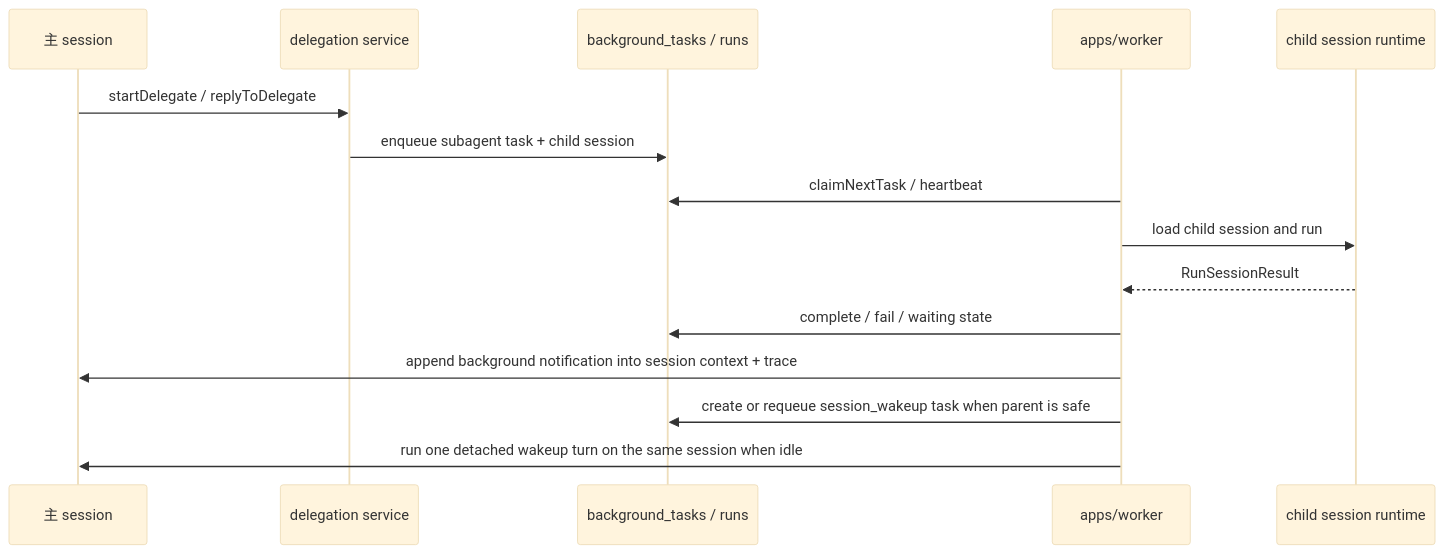
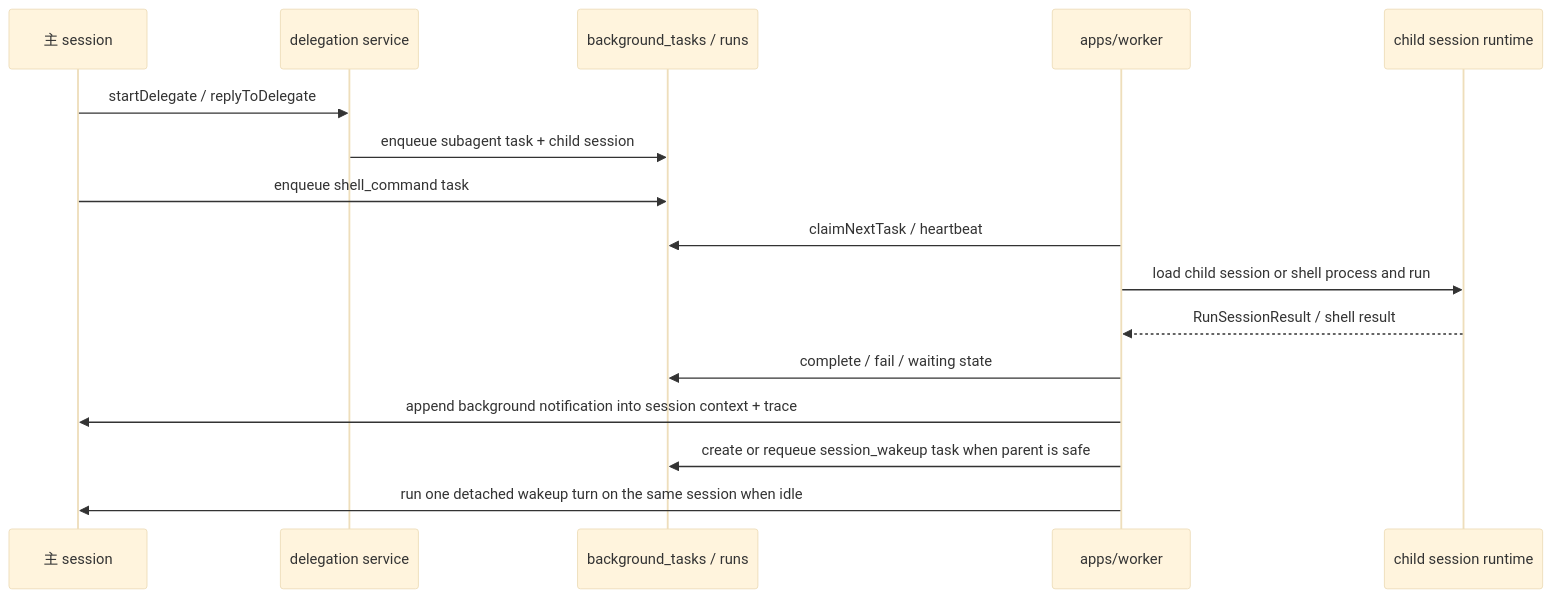
Before and after one commit to pswd123456/my-agent-proj: the diagram in docs/architecture/background-tasks-and-delegation.md, drawn with Mermaid (base theme). The commit also changed other lines of this file and 53 other files, not shown here.

````diff
--- a/docs/architecture/background-tasks-and-delegation.md
+++ b/docs/architecture/background-tasks-and-delegation.md
@@ -46,18 +53,19 @@
 ```mermaid
 sequenceDiagram
   participant Main as 主 session
   participant Delegate as delegation service
   participant DB as background_tasks / runs
   participant Worker as apps/worker
   participant Child as child session runtime
 
   Main->>Delegate: startDelegate / replyToDelegate
   Delegate->>DB: enqueue subagent task + child session
+  Main->>DB: enqueue shell_command task
   Worker->>DB: claimNextTask / heartbeat
-  Worker->>Child: load child session and run
-  Child-->>Worker: RunSessionResult
+  Worker->>Child: load child session or shell process and run
+  Child-->>Worker: RunSessionResult / shell result
   Worker->>DB: complete / fail / waiting state
   Worker->>Main: append background notification into session context + trace
   Worker->>DB: create or requeue session_wakeup task when parent is safe
   Worker->>Main: run one detached wakeup turn on the same session when idle
 ```
````
